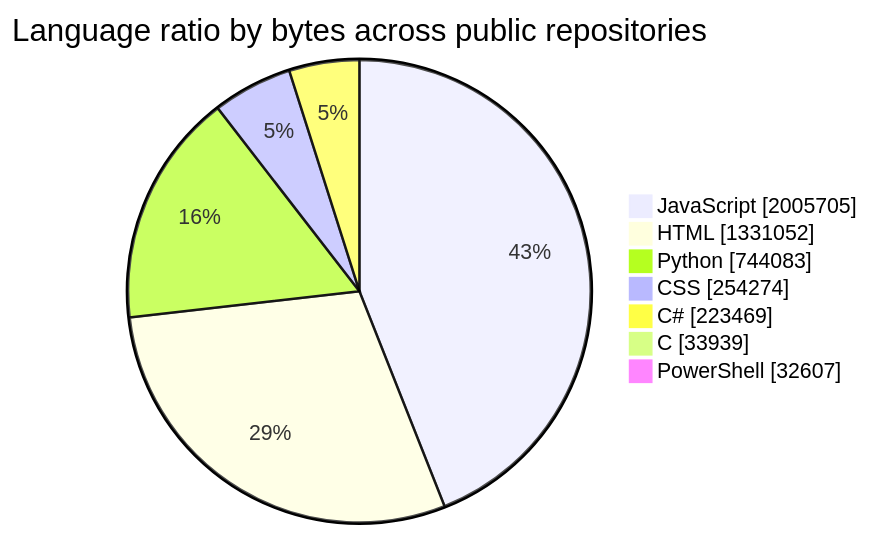
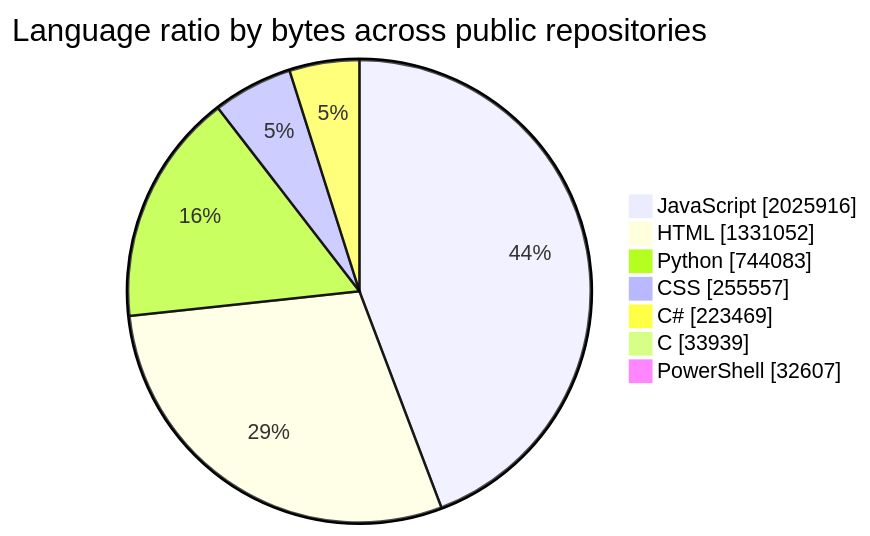
One commit to tchinso/tchinso changed the first of 2 diagrams in README.md. Above: the diagram before and after it, drawn with Mermaid. The commit also changed other lines of this file, not shown here.

````diff
--- a/README.md
+++ b/README.md
@@ -24,11 +24,11 @@
 ```mermaid
 pie showData
     title Language ratio by bytes across public repositories
-    "JavaScript" : 2005705
+    "JavaScript" : 2025916
     "HTML" : 1331052
     "Python" : 744083
-    "CSS" : 254274
+    "CSS" : 255557
     "C#" : 223469
     "C" : 33939
     "PowerShell" : 32607
 ```
````
